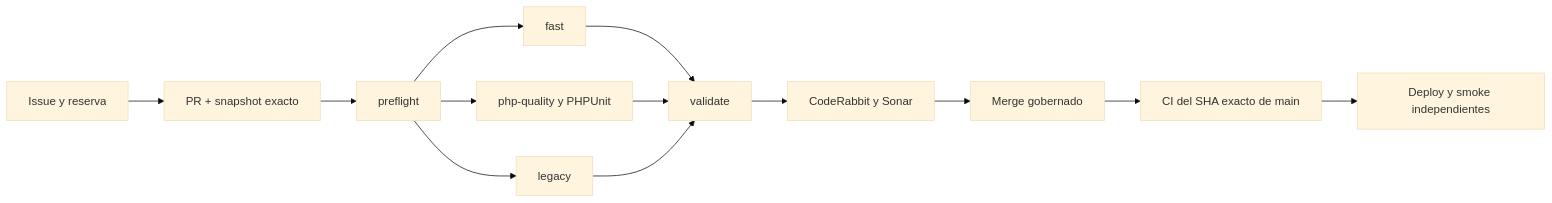
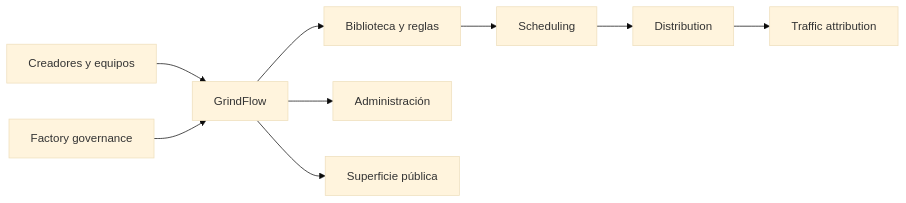
The diagram in README.md (pl0n3r/GrindFlow), drawn with Mermaid (base theme) before and after one commit. The commit also changed other lines of this file, not shown here.

Commit message:
fix(readme): restaurar contrato Factory v1 y ajustar snapshot de seguridad (#411)

````diff
--- a/README.md
+++ b/README.md
@@ -48,15 +63,11 @@
 ```mermaid
 flowchart LR
- A[Issue y reserva] --> B[PR + snapshot exacto]
- B --> C[preflight]
- C --> D[fast]
- C --> E[php-quality y PHPUnit]
- C --> F[legacy]
- D --> G[validate]
- E --> G
- F --> G
- G --> H[CodeRabbit y Sonar]
- H --> I[Merge gobernado]
- I --> J[CI del SHA exacto de main]
- J --> K[Deploy y smoke independientes]
+    U[Creadores y equipos] --> G[GrindFlow]
+    G --> C[Biblioteca y reglas]
+    C --> S[Scheduling]
+    S --> D[Distribution]
+    D --> T[Traffic attribution]
+    G --> A[Administración]
+    G --> P[Superficie pública]
+    F[Factory governance] --> G
 ```
````
